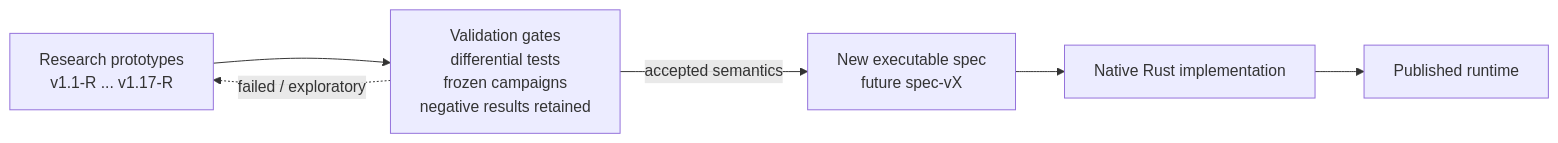
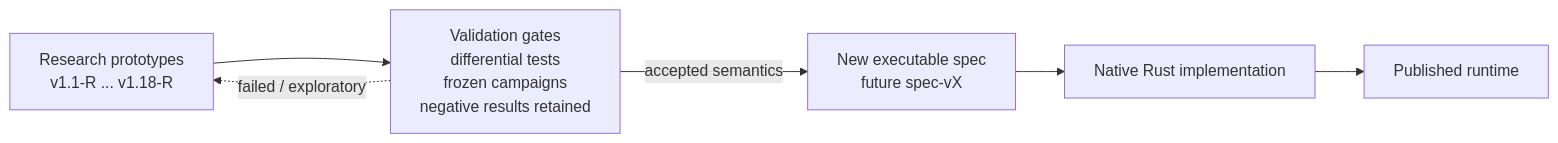
One commit to ordinaly/cortex changed the second of 14 diagrams in docs/ARCHITECTURE.md. Above: the diagram before and after it, drawn with Mermaid. The commit also changed other lines of this file, not shown here.

Commit message:
Advance architecture frontier through v1.18-R

````diff
--- a/docs/ARCHITECTURE.md
+++ b/docs/ARCHITECTURE.md
@@ -81,15 +81,15 @@
 ```mermaid
 flowchart LR
-    R["Research prototypes<br/>v1.1-R ... v1.17-R"]
+    R["Research prototypes<br/>v1.1-R ... v1.18-R"]
     G["Validation gates<br/>differential tests<br/>frozen campaigns<br/>negative results retained"]
     S["New executable spec<br/>future spec-vX"]
     N["Native Rust implementation"]
     P["Published runtime"]
 
     R --> G
     G -->|"accepted semantics"| S
     S --> N
     N --> P
 
     G -.->|"failed / exploratory"| R
 ```
````
